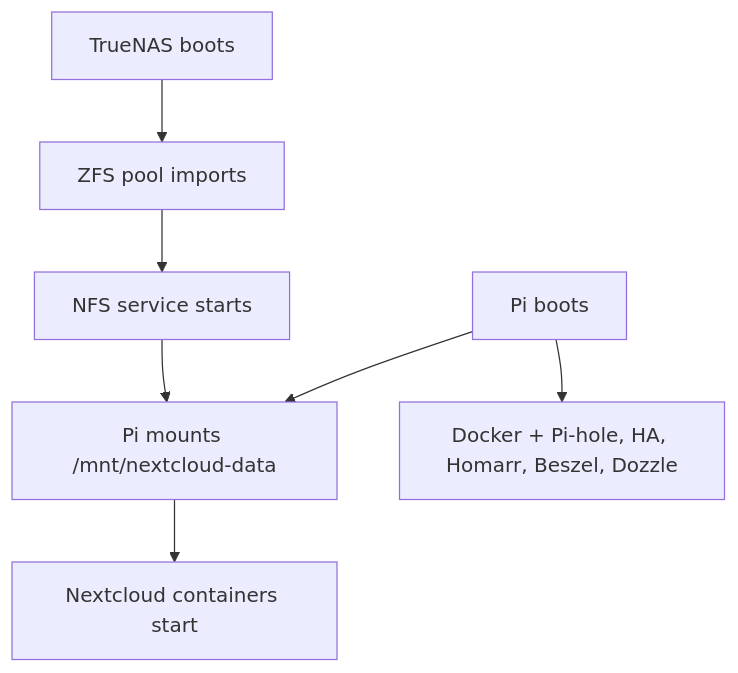
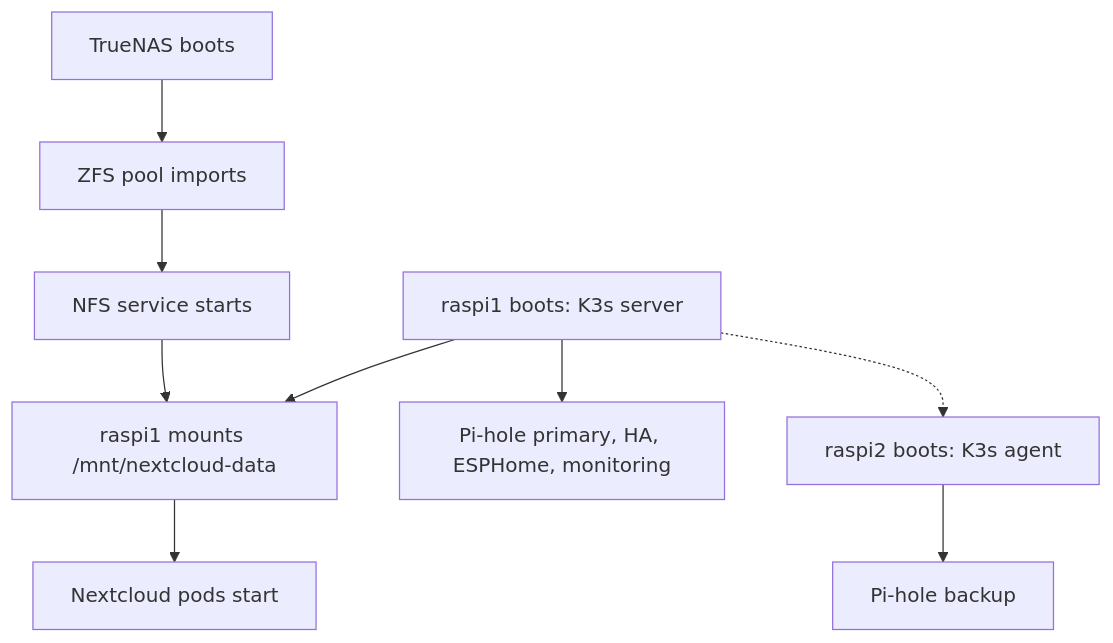
Before and after one commit to Jdben7671/Homelab: the second of 2 diagrams in docs/architecture.md, drawn with Mermaid. The commit also changed other lines of this file and 62 other files, not shown here.

````diff
--- a/docs/architecture.md
+++ b/docs/architecture.md
@@ -68,9 +77,11 @@
 ```mermaid
 flowchart TD
   A["TrueNAS boots"] --> B["ZFS pool imports"]
   B --> C["NFS service starts"]
-  C --> D["Pi mounts /mnt/nextcloud-data"]
-  D --> E["Nextcloud containers start"]
-  F["Pi boots"] --> G["Docker + Pi-hole, HA, Homarr, Beszel, Dozzle"]
+  C --> D["raspi1 mounts /mnt/nextcloud-data"]
+  D --> E["Nextcloud pods start"]
+  F["raspi1 boots: K3s server"] --> G["Pi-hole primary, HA, ESPHome, monitoring"]
   F --> D
+  H["raspi2 boots: K3s agent"] --> I["Pi-hole backup"]
+  F -.-> H
 ```
````
